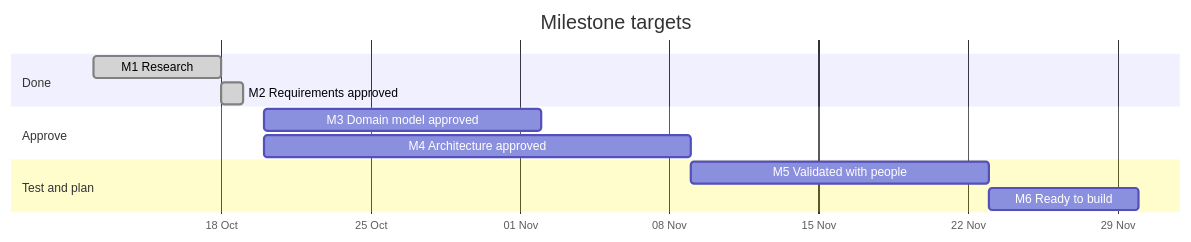
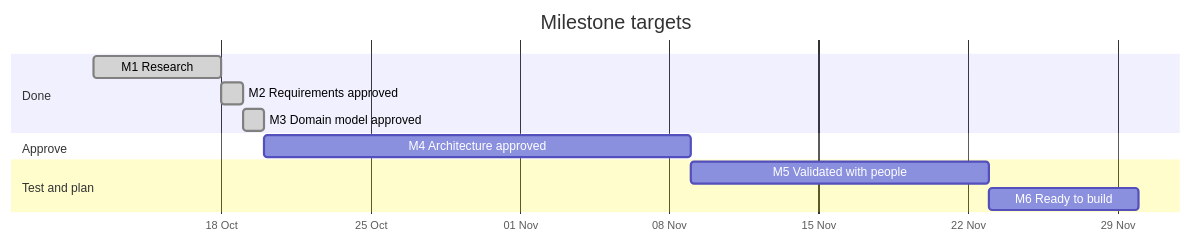
Before and after one commit to ProjectCartograph/cartograph-design: the second of 2 diagrams in docs/reference/design-process.md, drawn with Mermaid. The commit also changed other lines of this file and 4 other files, not shown here.

````diff
--- a/docs/reference/design-process.md
+++ b/docs/reference/design-process.md
@@ -30,15 +30,15 @@
 ```mermaid
 gantt
   title Milestone targets
   dateFormat YYYY-MM-DD
   axisFormat %d %b
   section Done
   M1 Research :done, m1, 2026-10-12, 2026-10-18
   M2 Requirements approved :done, m2, 2026-10-18, 2026-10-19
+  M3 Domain model approved :done, m3, 2026-10-19, 2026-10-20
   section Approve
-  M3 Domain model approved :m3, 2026-10-20, 2026-11-02
   M4 Architecture approved :m4, 2026-10-20, 2026-11-09
   section Test and plan
   M5 Validated with people :m5, after m4, 2026-11-23
   M6 Ready to build :m6, after m5, 2026-11-30
 ```
````
